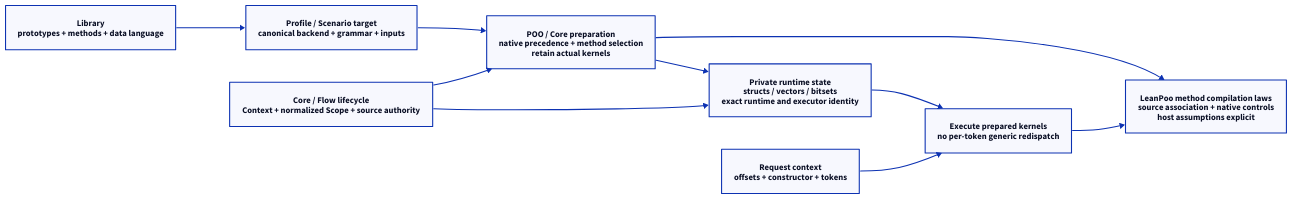
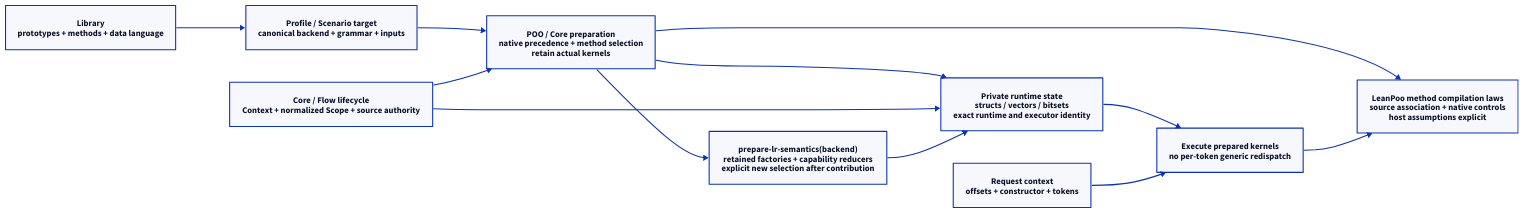
Before and after one commit to tao3k/gerbil-parser: the diagram in docs/architecture/poo-engine.d2, drawn with D2. The commit also changed 8 other files, not shown here.

```diff
--- a/docs/architecture/poo-engine.d2
+++ b/docs/architecture/poo-engine.d2
@@ -1,16 +1,19 @@
 direction: right
 library: "Library\nprototypes + methods + data language"
 selection: "Profile / Scenario target\ncanonical backend + grammar + inputs"
 prepare: "POO / Core preparation\nnative precedence + method selection\nretain actual kernels"
 state: "Private runtime state\nstructs / vectors / bitsets\nexact runtime and executor identity"
 request: "Request context\noffsets + constructor + tokens"
 execute: "Execute prepared kernels\nno per-token generic redispatch"
 proof: "LeanPoo method compilation laws\nsource association + native controls\nhost assumptions explicit"
 library -> selection -> prepare -> state
 state -> execute
 request -> execute
 prepare -> proof
 execute -> proof
 lifecycle: "Core / Flow lifecycle\nContext + normalized Scope + source authority"
 lifecycle -> prepare
 lifecycle -> state
+
+selection_result: "prepare-lr-semantics(backend)\nretained factories + capability reducers\nexplicit new selection after contribution"
+prepare -> selection_result -> state
```
